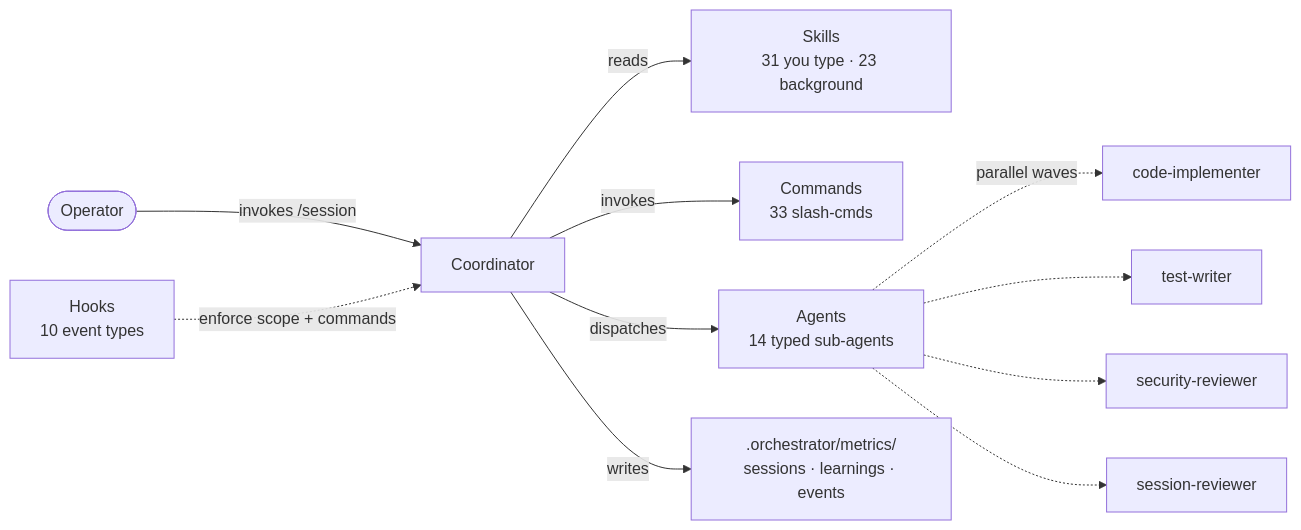
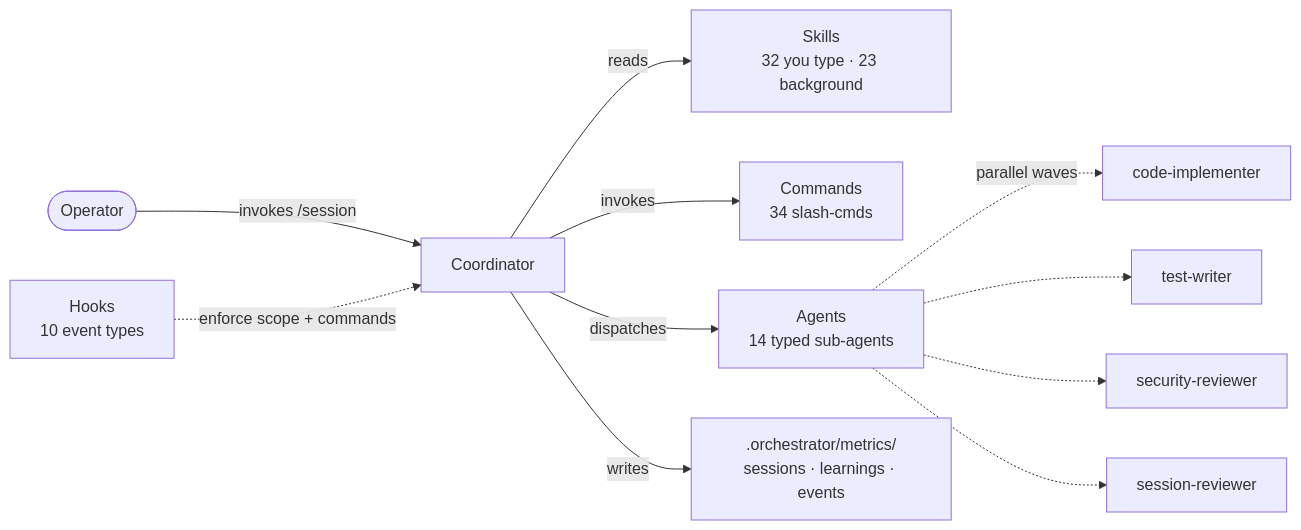
One commit to Kanevry/session-orchestrator changed the diagram in docs/components.md. Above: the diagram before and after it, drawn with Mermaid. The commit also changed other lines of this file and 120 other files, not shown here.

````diff
--- a/docs/components.md
+++ b/docs/components.md
@@ -7,13 +7,13 @@
 ```mermaid
 flowchart LR
     USER([Operator]) -->|invokes /session| COORD[Coordinator]
-    COORD -->|reads| SK["Skills<br/>31 you type · 23 background"]
-    COORD -->|invokes| CMD[Commands<br/>33 slash-cmds]
+    COORD -->|reads| SK["Skills<br/>32 you type · 23 background"]
+    COORD -->|invokes| CMD[Commands<br/>34 slash-cmds]
     COORD -->|dispatches| AG[Agents<br/>14 typed sub-agents]
     AG -.->|parallel waves| W1[code-implementer]
     AG -.-> W2[test-writer]
     AG -.-> W3[security-reviewer]
     AG -.-> W4[session-reviewer]
     HOOK[Hooks<br/>10 event types] -.->|enforce scope + commands| COORD
     COORD -->|writes| METRIC[.orchestrator/metrics/<br/>sessions · learnings · events]
 ```
````
